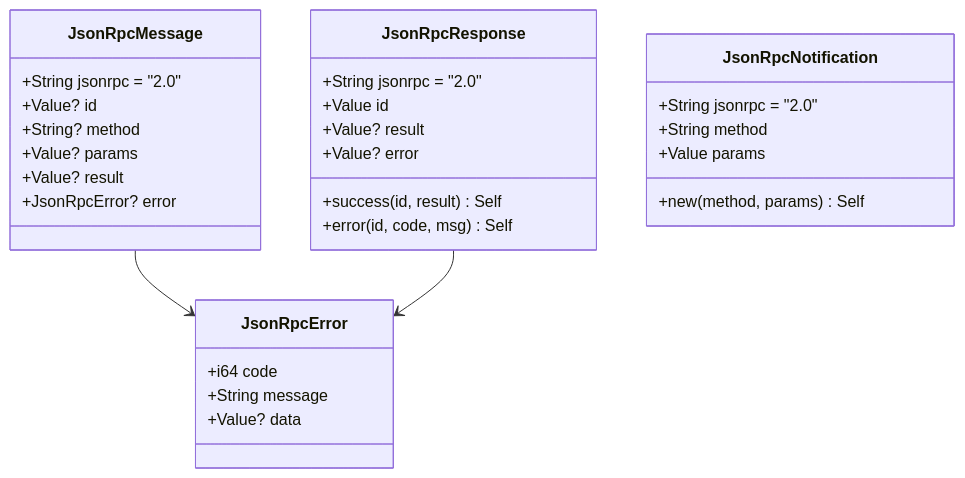
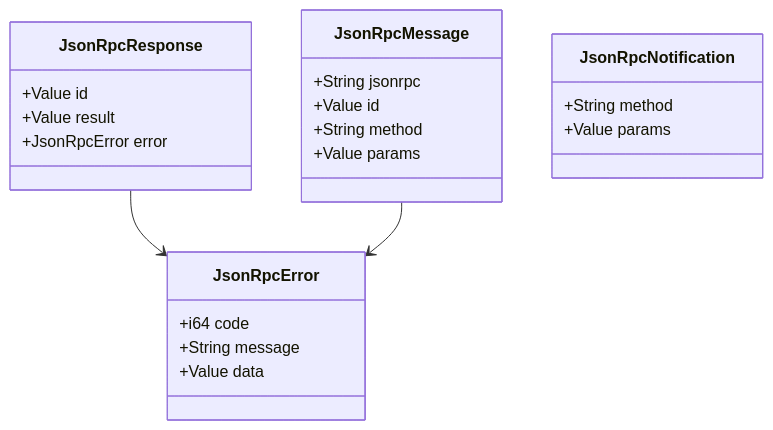
One commit to shiwenwen/hope-agent changed the second of 10 diagrams in docs/architecture/acp.md. Above: the diagram before and after it, drawn with Mermaid. The commit also changed other lines of this file and 11 other files, not shown here.

````diff
--- a/docs/architecture/acp.md
+++ b/docs/architecture/acp.md
@@ -113,36 +109,25 @@
 ```mermaid
 classDiagram
     class JsonRpcMessage {
-        +String jsonrpc = "2.0"
-        +Value? id
-        +String? method
-        +Value? params
-        +Value? result
-        +JsonRpcError? error
-    }
-
-    class JsonRpcResponse {
-        +String jsonrpc = "2.0"
+        +String jsonrpc
         +Value id
-        +Value? result
-        +Value? error
-        +success(id, result) Self
-        +error(id, code, msg) Self
-    }
-
-    class JsonRpcNotification {
-        +String jsonrpc = "2.0"
         +String method
         +Value params
-        +new(method, params) Self
     }
-
+    class JsonRpcResponse {
+        +Value id
+        +Value result
+        +JsonRpcError error
+    }
+    class JsonRpcNotification {
+        +String method
+        +Value params
+    }
     class JsonRpcError {
         +i64 code
         +String message
-        +Value? data
+        +Value data
     }
-
+    JsonRpcResponse --> JsonRpcError
     JsonRpcMessage --> JsonRpcError
-    JsonRpcResponse --> JsonRpcError
 ```
````
